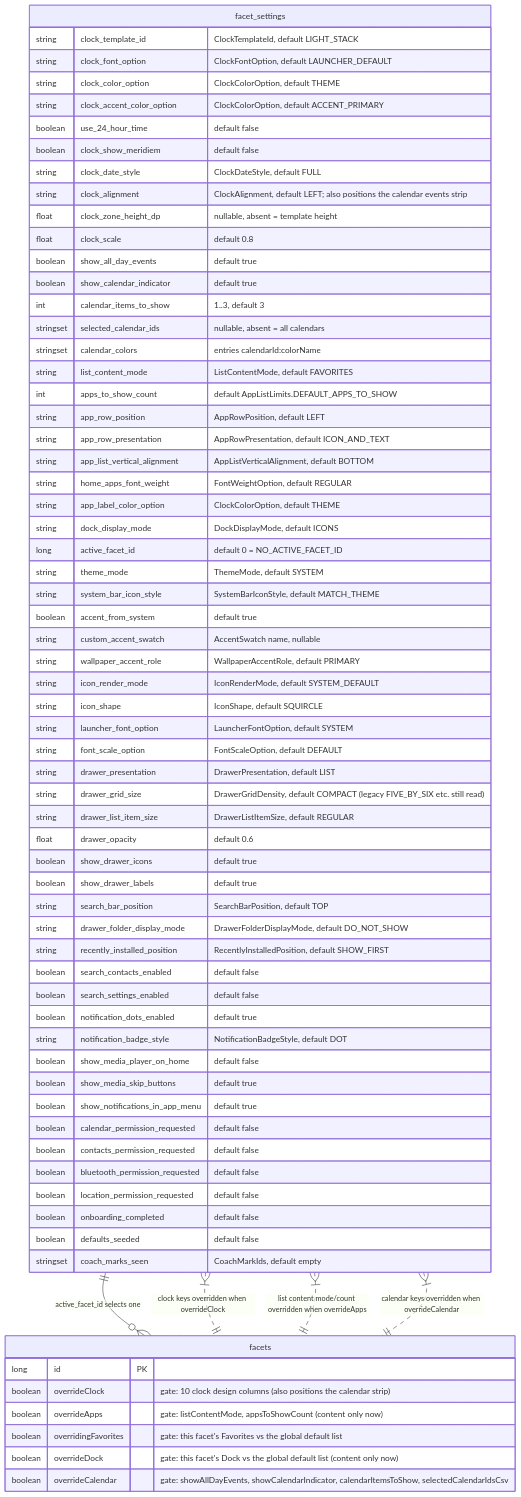
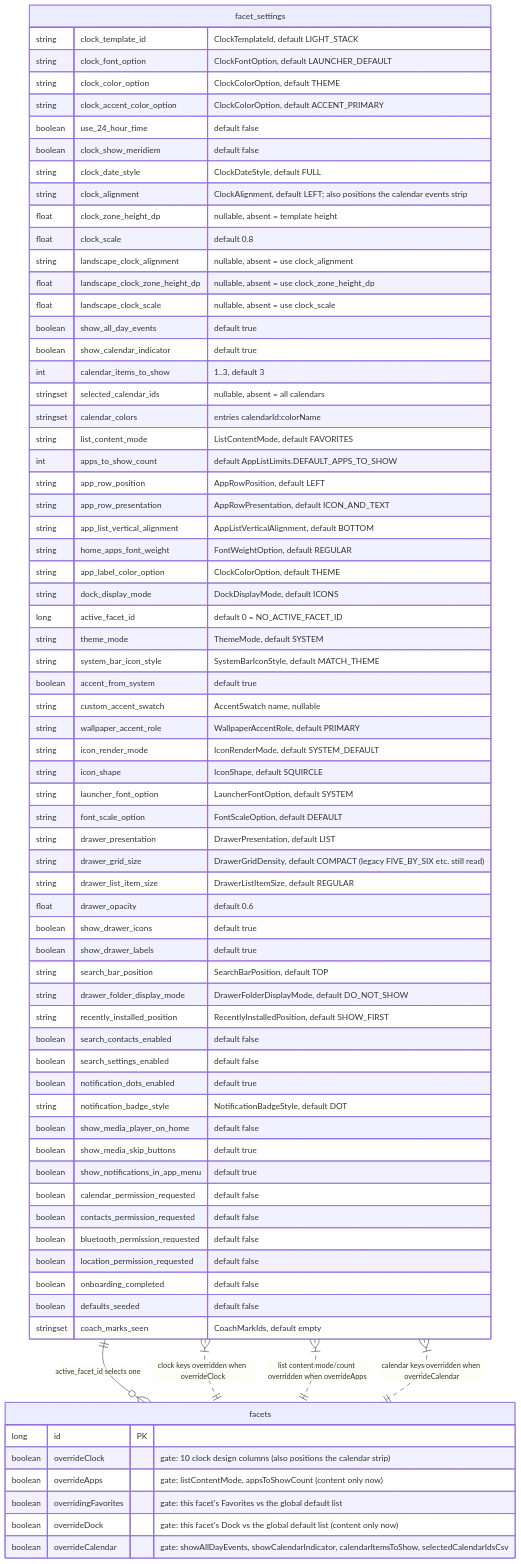
Before and after one commit to rohitganjam/facet-launcher: the third of 3 diagrams in docs/architecture/02-persistence-room.md, drawn with Mermaid. The commit also changed other lines of this file and 19 other files, not shown here.

First line of the commit message:
Landscape keeps its own clock alignment, divider position and scale

````diff
--- a/docs/architecture/02-persistence-room.md
+++ b/docs/architecture/02-persistence-room.md
@@ -303,75 +304,78 @@
 ```mermaid
 erDiagram
     facet_settings {
         string clock_template_id "ClockTemplateId, default LIGHT_STACK"
         string clock_font_option "ClockFontOption, default LAUNCHER_DEFAULT"
         string clock_color_option "ClockColorOption, default THEME"
         string clock_accent_color_option "ClockColorOption, default ACCENT_PRIMARY"
         boolean use_24_hour_time "default false"
         boolean clock_show_meridiem "default false"
         string clock_date_style "ClockDateStyle, default FULL"
         string clock_alignment "ClockAlignment, default LEFT; also positions the calendar events strip"
         float clock_zone_height_dp "nullable, absent = template height"
         float clock_scale "default 0.8"
+        string landscape_clock_alignment "nullable, absent = use clock_alignment"
+        float landscape_clock_zone_height_dp "nullable, absent = use clock_zone_height_dp"
+        float landscape_clock_scale "nullable, absent = use clock_scale"
         boolean show_all_day_events "default true"
         boolean show_calendar_indicator "default true"
         int calendar_items_to_show "1..3, default 3"
         stringset selected_calendar_ids "nullable, absent = all calendars"
         stringset calendar_colors "entries calendarId:colorName"
         string list_content_mode "ListContentMode, default FAVORITES"
         int apps_to_show_count "default AppListLimits.DEFAULT_APPS_TO_SHOW"
         string app_row_position "AppRowPosition, default LEFT"
         string app_row_presentation "AppRowPresentation, default ICON_AND_TEXT"
         string app_list_vertical_alignment "AppListVerticalAlignment, default BOTTOM"
         string home_apps_font_weight "FontWeightOption, default REGULAR"
         string app_label_color_option "ClockColorOption, default THEME"
         string dock_display_mode "DockDisplayMode, default ICONS"
         long active_facet_id "default 0 = NO_ACTIVE_FACET_ID"
         string theme_mode "ThemeMode, default SYSTEM"
         string system_bar_icon_style "SystemBarIconStyle, default MATCH_THEME"
         boolean accent_from_system "default true"
         string custom_accent_swatch "AccentSwatch name, nullable"
         string wallpaper_accent_role "WallpaperAccentRole, default PRIMARY"
         string icon_render_mode "IconRenderMode, default SYSTEM_DEFAULT"
         string icon_shape "IconShape, default SQUIRCLE"
         string launcher_font_option "LauncherFontOption, default SYSTEM"
         string font_scale_option "FontScaleOption, default DEFAULT"
         string drawer_presentation "DrawerPresentation, default LIST"
         string drawer_grid_size "DrawerGridDensity, default COMPACT (legacy FIVE_BY_SIX etc. still read)"
         string drawer_list_item_size "DrawerListItemSize, default REGULAR"
         float drawer_opacity "default 0.6"
         boolean show_drawer_icons "default true"
         boolean show_drawer_labels "default true"
         string search_bar_position "SearchBarPosition, default TOP"
         string drawer_folder_display_mode "DrawerFolderDisplayMode, default DO_NOT_SHOW"
         string recently_installed_position "RecentlyInstalledPosition, default SHOW_FIRST"
         boolean search_contacts_enabled "default false"
         boolean search_settings_enabled "default false"
         boolean notification_dots_enabled "default true"
         string notification_badge_style "NotificationBadgeStyle, default DOT"
         boolean show_media_player_on_home "default false"
         boolean show_media_skip_buttons "default true"
         boolean show_notifications_in_app_menu "default true"
         boolean calendar_permission_requested "default false"
         boolean contacts_permission_requested "default false"
         boolean bluetooth_permission_requested "default false"
         boolean location_permission_requested "default false"
         boolean onboarding_completed "default false"
         boolean defaults_seeded "default false"
         stringset coach_marks_seen "CoachMarkIds, default empty"
     }
 
     facets {
         long id PK
         boolean overrideClock "gate: 10 clock design columns (also positions the calendar strip)"
         boolean overrideApps "gate: listContentMode, appsToShowCount (content only now)"
         boolean overridingFavorites "gate: this facet's Favorites vs the global default list"
         boolean overrideDock "gate: this facet's Dock vs the global default list (content only now)"
         boolean overrideCalendar "gate: showAllDayEvents, showCalendarIndicator, calendarItemsToShow, selectedCalendarIdsCsv"
     }
 
     facet_settings ||--o{ facets : "active_facet_id selects one"
     facet_settings }|..|| facets : "clock keys overridden when overrideClock"
     facet_settings }|..|| facets : "list content mode/count overridden when overrideApps"
     facet_settings }|..|| facets : "calendar keys overridden when overrideCalendar"
 ```
````
